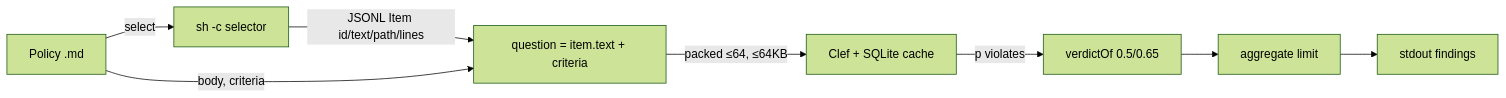
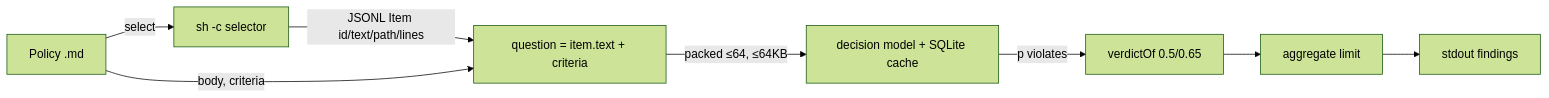
Before and after one commit to andrueandersoncs/lint-anything: the diagram in docs/decomposition.md, drawn with Mermaid (forest theme). The commit also changed other lines of this file and 24 other files, not shown here.

````diff
--- a/docs/decomposition.md
+++ b/docs/decomposition.md
@@ -22,10 +22,10 @@
 ```mermaid
 flowchart LR
   P[Policy .md] -->|select| S[sh -c selector]
   S -->|JSONL Item id/text/path/lines| Q[question = item.text + criteria]
   P -->|body, criteria| Q
-  Q -->|packed ≤64, ≤64KB| C[Clef + SQLite cache]
+  Q -->|packed ≤64, ≤64KB| C[decision model + SQLite cache]
   C -->|p violates| V[verdictOf 0.5/0.65]
   V --> A[aggregate limit]
   A --> O[stdout findings]
 ```
````
